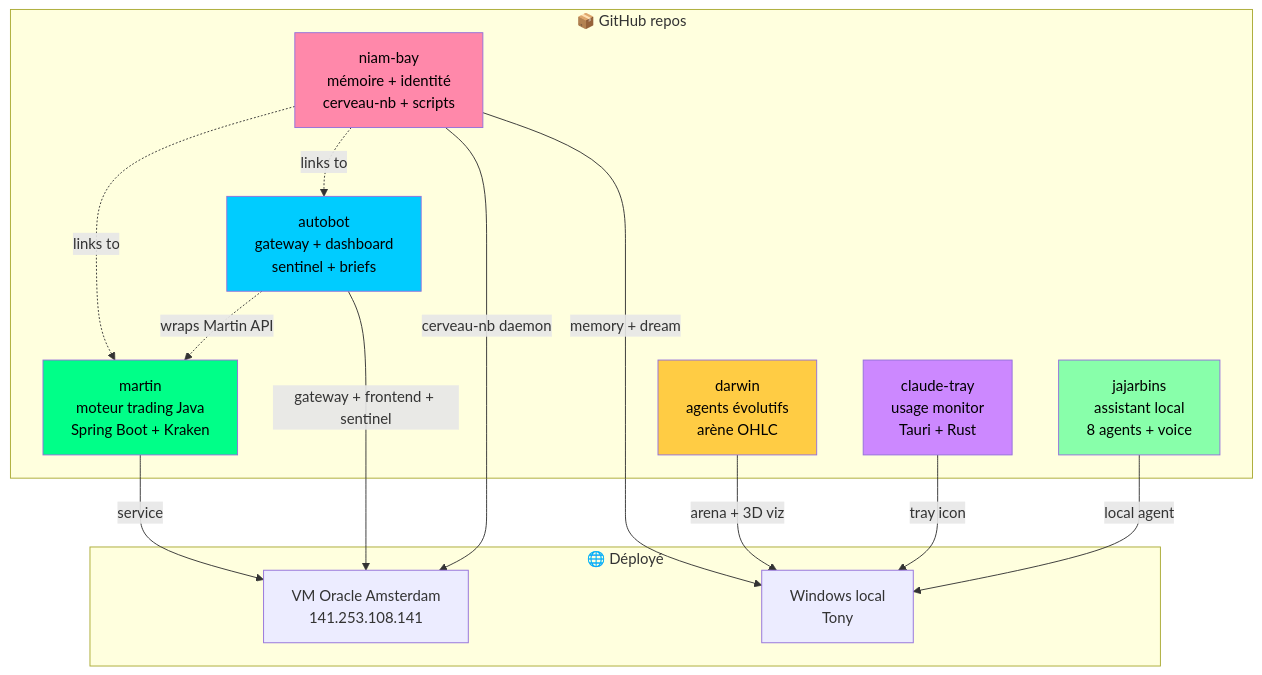
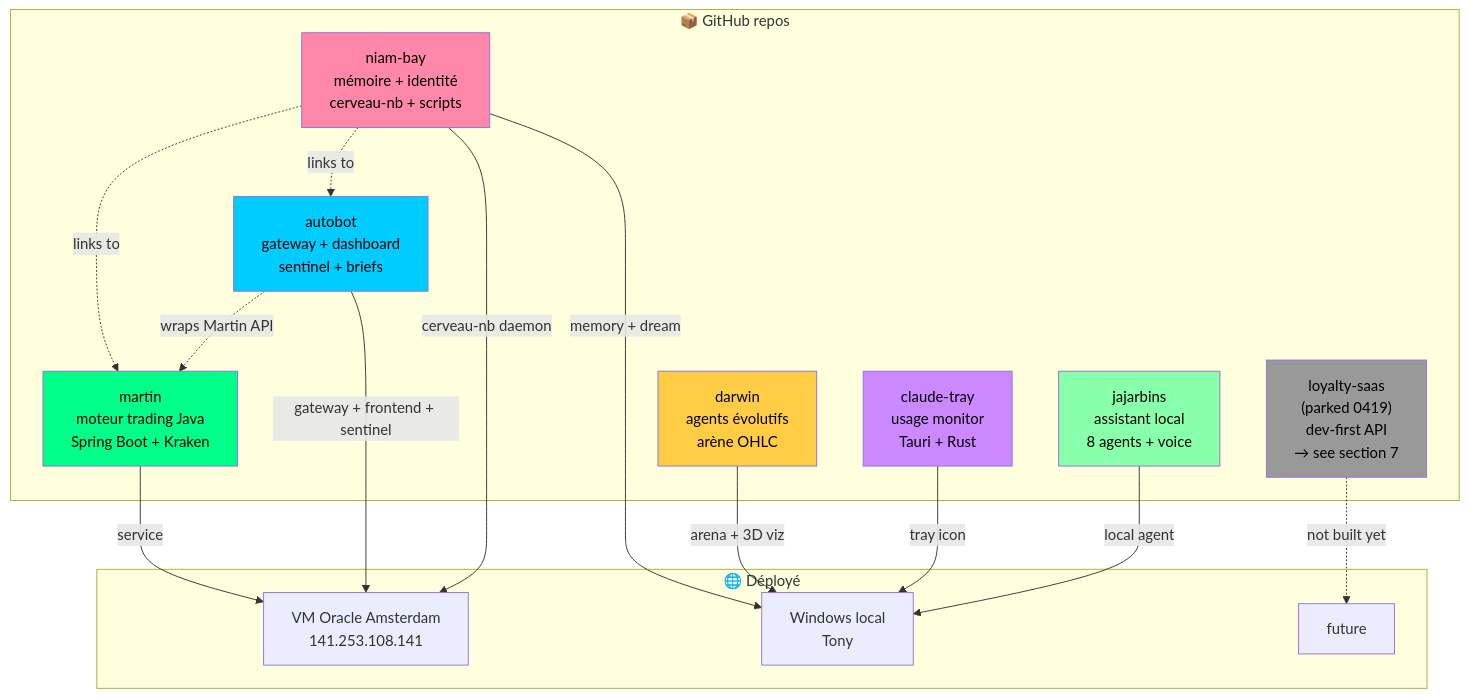
The first of 9 diagrams in docs/architecture-complete.md (tonyderide/niam-bay), drawn with Mermaid before and after one commit. The commit also changed other lines of this file and 1 other file, not shown here.

First line of the commit message:
docs: add loyalty-saas project to architecture graph

````diff
--- a/docs/architecture-complete.md
+++ b/docs/architecture-complete.md
@@ -9,35 +9,39 @@
 ```mermaid
 graph TB
     subgraph Repos["📦 GitHub repos"]
         NB["niam-bay<br/>mémoire + identité<br/>cerveau-nb + scripts"]
         MR["martin<br/>moteur trading Java<br/>Spring Boot + Kraken"]
         AB["autobot<br/>gateway + dashboard<br/>sentinel + briefs"]
         DW["darwin<br/>agents évolutifs<br/>arène OHLC"]
         CT["claude-tray<br/>usage monitor<br/>Tauri + Rust"]
         JJ["jajarbins<br/>assistant local<br/>8 agents + voice"]
+        LS["loyalty-saas<br/>(parked 0419)<br/>dev-first API<br/>→ see section 7"]
     end
 
     subgraph Deployed["🌐 Déployé"]
         VM["VM Oracle Amsterdam<br/>141.253.108.141"]
         Local["Windows local<br/>Tony"]
+        Future["future"]
     end
 
     MR -->|service| VM
     AB -->|gateway + frontend + sentinel| VM
     NB -->|cerveau-nb daemon| VM
     NB -->|memory + dream| Local
     DW -->|arena + 3D viz| Local
     CT -->|tray icon| Local
     JJ -->|local agent| Local
+    LS -.->|not built yet| Future
 
     NB -.->|links to| MR
     NB -.->|links to| AB
     AB -.->|wraps Martin API| MR
 
     style MR fill:#00ff88,color:#000
     style AB fill:#00ccff,color:#000
     style NB fill:#ff88aa,color:#000
     style DW fill:#ffcc44,color:#000
     style CT fill:#cc88ff,color:#000
     style JJ fill:#88ffaa,color:#000
+    style LS fill:#999999,color:#000
 ```
````
